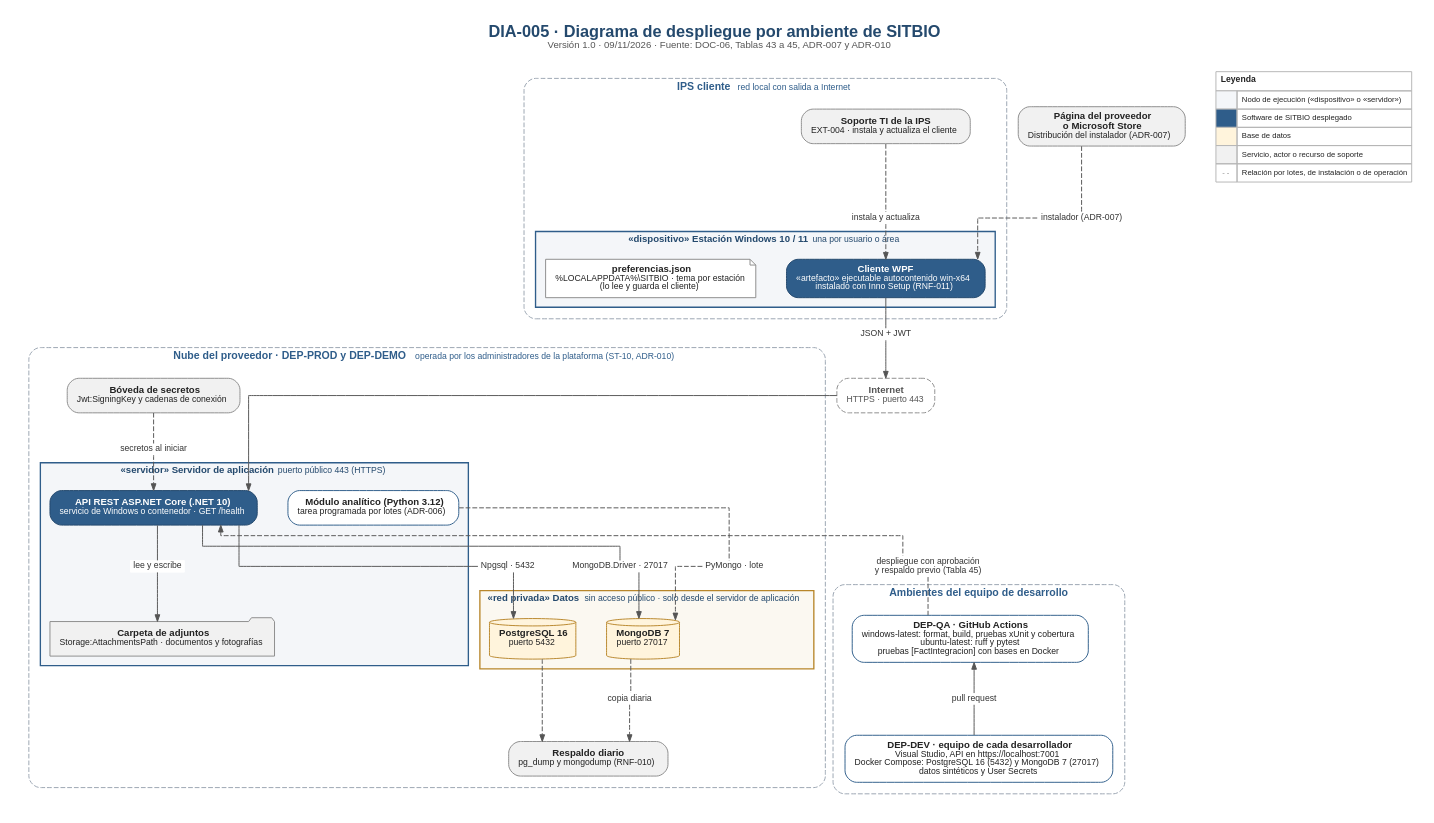
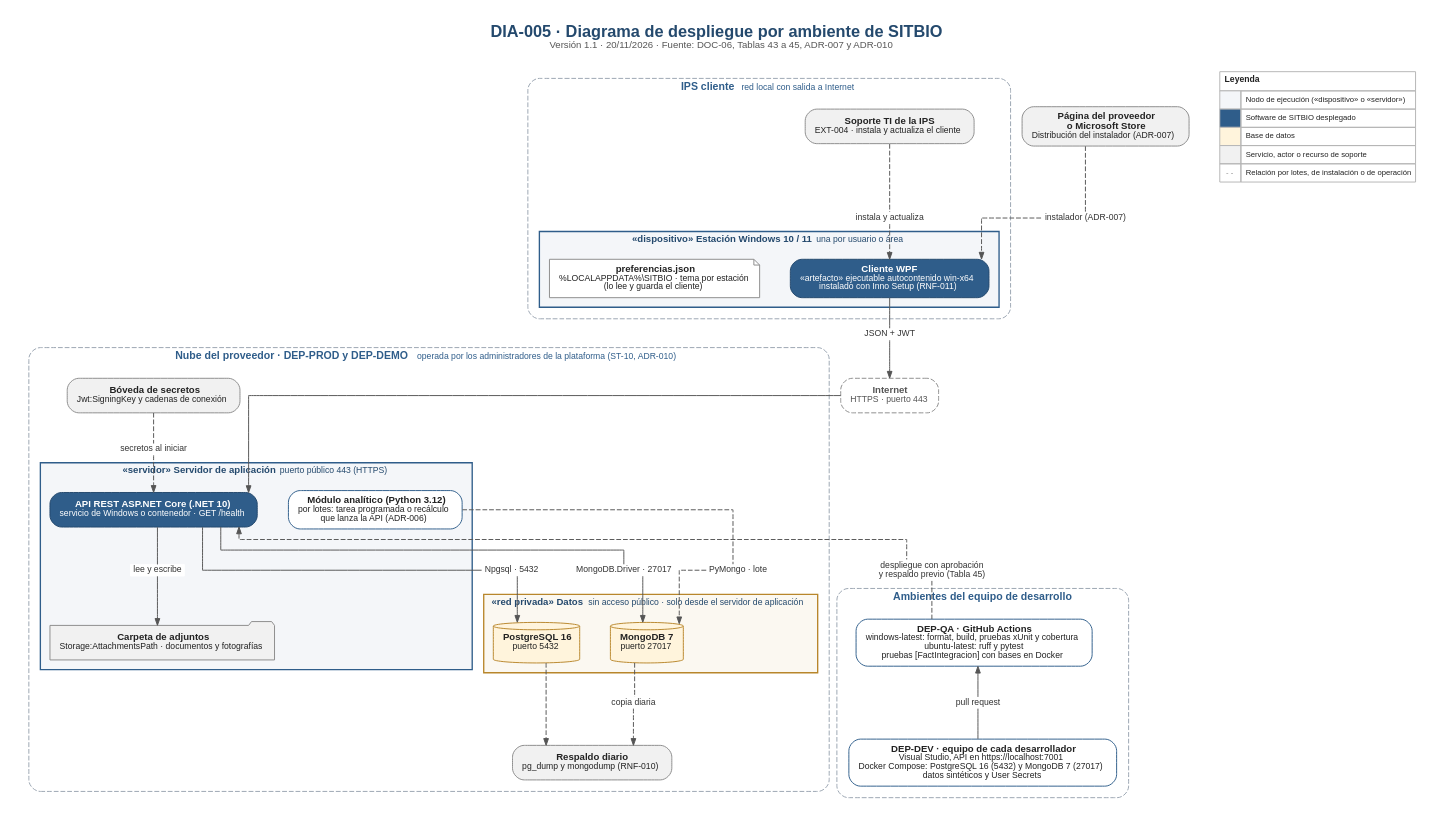
Before and after one commit to miguelangelOcampo/Sitbio: the diagram in docs/arquitectura/diagramas/DIA-005_Despliegue.dot, drawn with Graphviz. The commit also changed 17 other files, not shown here.

Commit message:
docs: documentación del 20/11 — ADR-006 aceptado y ampliado, DOC-05 a DOC-09, diagramas DIA-002, 005, 006 y 008, y Go / No-Go de la v1.2.0 (#59)

```diff
--- a/docs/arquitectura/diagramas/DIA-005_Despliegue.dot
+++ b/docs/arquitectura/diagramas/DIA-005_Despliegue.dot
@@ -1,93 +1,93 @@
 // Líneas en ángulo recto (splines=ortho); las etiquetas de las relaciones son nodos intermedios.
 // DIA-005 v1.0 (09/11/2026): diagrama de despliegue por ambiente de SITBIO. Fuente: DOC-06 secciones 12.1 a 12.4 (Tablas 43 a 45), ADR-007 y ADR-010.
 digraph DIA005 {
-  graph [labelloc=t, fontsize=17, fontcolor="#24496D", label=<<b>DIA-005 · Diagrama de despliegue por ambiente de SITBIO</b><br/><font point-size="10" color="#555555">Versión 1.0 · 09/11/2026 · Fuente: DOC-06, Tablas 43 a 45, ADR-007 y ADR-010</font><br/> >, rankdir=TB, splines=ortho, nodesep=0.45, ranksep=0.45, fontname="Liberation Sans", bgcolor="white", pad=0.2, forcelabels=true, newrank=true, compound=true];
+  graph [labelloc=t, fontsize=17, fontcolor="#24496D", label=<<b>DIA-005 · Diagrama de despliegue por ambiente de SITBIO</b><br/><font point-size="10" color="#555555">Versión 1.1 · 20/11/2026 · Fuente: DOC-06, Tablas 43 a 45, ADR-007 y ADR-010</font><br/> >, rankdir=TB, splines=ortho, nodesep=0.45, ranksep=0.45, fontname="Liberation Sans", bgcolor="white", pad=0.2, forcelabels=true, newrank=true, compound=true];
   node  [shape=box, style="rounded,filled", fontname="Liberation Sans", fontsize=10, color="#2F5D8A", fillcolor="#FFFFFF", fontcolor="#222222", margin="0.14,0.08"];
   edge  [color="#555555", fontname="Liberation Sans", fontsize=9, fontcolor="#333333", arrowsize=0.7];
 
   subgraph cluster_ips {
     label=<<b>IPS cliente</b>  <font point-size="9">red local con salida a Internet</font>>; fontsize=11; fontcolor="#2F5D8A"; style="rounded,dashed"; color="#9AA5B1"; margin=12;
     subgraph cluster_est {
       label=<<b>«dispositivo» Estación Windows 10 / 11</b>  <font point-size="9">una por usuario o área</font>>; fontsize=10; fontcolor="#24496D"; style="filled"; fillcolor="#F4F6F9"; color="#2F5D8A"; penwidth=1.4; margin=10;
       wpf  [label=<<b>Cliente WPF</b><br/><font point-size="9">«artefacto» ejecutable autocontenido win-x64<br/>instalado con Inno Setup (RNF-011)</font>>, fillcolor="#2F5D8A", fontcolor="#FFFFFF", color="#24496D"];
       pref [label=<<b>preferencias.json</b><br/><font point-size="9">%LOCALAPPDATA%\SITBIO · tema por estación<br/>(lo lee y guarda el cliente)</font>>, shape=note, style=filled, fillcolor="#FFFFFF", color="#8C8C8C"];
     }
     sti [label=<<b>Soporte TI de la IPS</b><br/><font point-size="9">EXT-004 · instala y actualiza el cliente</font>>, fillcolor="#F1F1F1", color="#8C8C8C"];
       lbl2 [shape=box, style="filled", fillcolor="white", color="white", label="instala y actualiza", fontsize=9, fontcolor="#333333", margin="0.03,0.01", width=0, height=0];
   }
 
   dist [label=<<b>Página del proveedor<br/>o Microsoft Store</b><br/><font point-size="9">Distribución del instalador (ADR-007)</font>>, fillcolor="#F1F1F1", color="#8C8C8C"];
 
   subgraph cluster_nube {
     label=<<b>Nube del proveedor · DEP-PROD y DEP-DEMO</b>  <font point-size="9">operada por los administradores de la plataforma (ST-10, ADR-010)</font>>; fontsize=11; fontcolor="#2F5D8A"; style="rounded,dashed"; color="#9AA5B1"; margin=12;
     subgraph cluster_srv {
       label=<<b>«servidor» Servidor de aplicación</b>  <font point-size="9">puerto público 443 (HTTPS)</font>>; fontsize=10; fontcolor="#24496D"; style="filled"; fillcolor="#F4F6F9"; color="#2F5D8A"; penwidth=1.4; margin=10;
       api  [label=<<b>API REST ASP.NET Core (.NET 10)</b><br/><font point-size="9">servicio de Windows o contenedor · GET /health</font>>, fillcolor="#2F5D8A", fontcolor="#FFFFFF", color="#24496D"];
       adj  [label=<<b>Carpeta de adjuntos</b><br/><font point-size="9">Storage:AttachmentsPath · documentos y fotografías</font>>, shape=folder, style=filled, fillcolor="#F1F1F1", color="#8C8C8C"];
-      py   [label=<<b>Módulo analítico (Python 3.12)</b><br/><font point-size="9">tarea programada por lotes (ADR-006)</font>>];
+      py   [label=<<b>Módulo analítico (Python 3.12)</b><br/><font point-size="9">por lotes: tarea programada o recálculo<br/>que lanza la API (ADR-006)</font>>];
         lbl5 [shape=box, style="filled", fillcolor="white", color="white", label="lee y escribe", fontsize=9, fontcolor="#333333", margin="0.03,0.01", width=0, height=0];
   }
     subgraph cluster_dat {
       label=<<b>«red privada» Datos</b>  <font point-size="9">sin acceso público · solo desde el servidor de aplicación</font>>; fontsize=10; fontcolor="#24496D"; style="filled"; fillcolor="#FBF8F1"; color="#B8862B"; penwidth=1.4; margin=10;
       pg [label=<<b>PostgreSQL 16</b><br/><font point-size="9">puerto 5432</font>>, shape=cylinder, style=filled, fillcolor="#FFF4DC", color="#B8862B"];
       mg [label=<<b>MongoDB 7</b><br/><font point-size="9">puerto 27017</font>>, shape=cylinder, style=filled, fillcolor="#FFF4DC", color="#B8862B"];
     }
     sec [label=<<b>Bóveda de secretos</b><br/><font point-size="9">Jwt:SigningKey y cadenas de conexión</font>>, fillcolor="#F1F1F1", color="#8C8C8C"];
     bk  [label=<<b>Respaldo diario</b><br/><font point-size="9">pg_dump y mongodump (RNF-010)</font>>, fillcolor="#F1F1F1", color="#8C8C8C"];
       lbl4 [shape=box, style="filled", fillcolor="white", color="white", label="secretos al iniciar", fontsize=9, fontcolor="#333333", margin="0.03,0.01", width=0, height=0];
     lbl6 [shape=box, style="filled", fillcolor="white", color="white", label="Npgsql · 5432", fontsize=9, fontcolor="#333333", margin="0.03,0.01", width=0, height=0];
     lbl7 [shape=box, style="filled", fillcolor="white", color="white", label="MongoDB.Driver · 27017", fontsize=9, fontcolor="#333333", margin="0.03,0.01", width=0, height=0];
     lbl8 [shape=box, style="filled", fillcolor="white", color="white", label="PyMongo · lote", fontsize=9, fontcolor="#333333", margin="0.03,0.01", width=0, height=0];
     lbl9 [shape=box, style="filled", fillcolor="white", color="white", label="copia diaria", fontsize=9, fontcolor="#333333", margin="0.03,0.01", width=0, height=0];
   }
 
   subgraph cluster_otros {
     label=<<b>Ambientes del equipo de desarrollo</b>>; fontsize=11; fontcolor="#2F5D8A"; style="rounded,dashed"; color="#9AA5B1"; margin=12;
     dev [label=<<b>DEP-DEV · equipo de cada desarrollador</b><br/><font point-size="9">Visual Studio, API en https://localhost:7001<br/>Docker Compose: PostgreSQL 16 (5432) y MongoDB 7 (27017)<br/>datos sintéticos y User Secrets</font>>];
     qa  [label=<<b>DEP-QA · GitHub Actions</b><br/><font point-size="9">windows-latest: format, build, pruebas xUnit y cobertura<br/>ubuntu-latest: ruff y pytest<br/>pruebas [FactIntegracion] con bases en Docker</font>>];
       lbl11 [shape=box, style="filled", fillcolor="white", color="white", label="pull request", fontsize=9, fontcolor="#333333", margin="0.03,0.01", width=0, height=0];
   }
 
   inet [label=<<b>Internet</b><br/><font point-size="9">HTTPS · puerto 443</font>>, style="rounded,dashed", color="#8C8C8C", fontcolor="#555555"];
 
   {rank=same; sti; dist; legend}
   {rank=same; inet; sec}
   {rank=same; wpf; pref}
   {rank=same; pg; mg}
   dist -> lbl1 [style=dashed, arrowhead=none];
   lbl1 -> wpf [style=dashed];
   sti -> lbl2 [style=dashed, arrowhead=none];
   lbl2 -> wpf [style=dashed];
   wpf -> lbl3 [arrowhead=none];
   lbl3 -> inet;
   inet -> api;
   sec -> lbl4 [style=dashed, arrowhead=none];
   lbl4 -> api [style=dashed];
   api -> lbl5 [arrowhead=none];
   lbl5 -> adj;
   api -> lbl6 [arrowhead=none];
   lbl6 -> pg;
   api -> lbl7 [arrowhead=none];
   lbl7 -> mg;
   py -> lbl8 [style=dashed, arrowhead=none];
   lbl8 -> mg [style=dashed];
   pg   -> bk   [style=dashed];
   mg -> lbl9 [style=dashed, arrowhead=none];
   lbl9 -> bk [style=dashed];
   api -> lbl10 [style=dashed, arrowhead=none, arrowtail=normal, dir=back];
   lbl10 -> qa [style=dashed, arrowhead=none];
   qa -> lbl11 [arrowhead=none, arrowtail=normal, dir=back];
   lbl11 -> dev [arrowhead=none];
   legend [shape=plaintext, style="", margin=0, label=<
     <table border="0" cellborder="1" cellspacing="0" cellpadding="4" color="#B5B5B5">
       <tr><td colspan="2" align="left"><font point-size="9"><b>Leyenda</b></font></td></tr>
       <tr><td bgcolor="#F4F6F9" width="22"></td><td align="left"><font point-size="8.5">Nodo de ejecución («dispositivo» o «servidor»)</font></td></tr>
       <tr><td bgcolor="#2F5D8A" width="22"></td><td align="left"><font point-size="8.5">Software de SITBIO desplegado</font></td></tr>
       <tr><td bgcolor="#FFF4DC" width="22"></td><td align="left"><font point-size="8.5">Base de datos</font></td></tr>
       <tr><td bgcolor="#F1F1F1" width="22"></td><td align="left"><font point-size="8.5">Servicio, actor o recurso de soporte</font></td></tr>
       <tr><td width="22"><font point-size="8.5" color="#8C8C8C">- -</font></td><td align="left"><font point-size="8.5">Relación por lotes, de instalación o de operación</font></td></tr>
     </table>>];
     lbl1 [shape=box, style="filled", fillcolor="white", color="white", label="instalador (ADR-007)", fontsize=9, fontcolor="#333333", margin="0.03,0.01", width=0, height=0];
     lbl3 [shape=box, style="filled", fillcolor="white", color="white", label="JSON + JWT", fontsize=9, fontcolor="#333333", margin="0.03,0.01", width=0, height=0];
     lbl10 [shape=box, style="filled", fillcolor="white", color="white", label="despliegue con aprobación\ny respaldo previo (Tabla 45)", fontsize=9, fontcolor="#333333", margin="0.03,0.01", width=0, height=0];
 }
```
